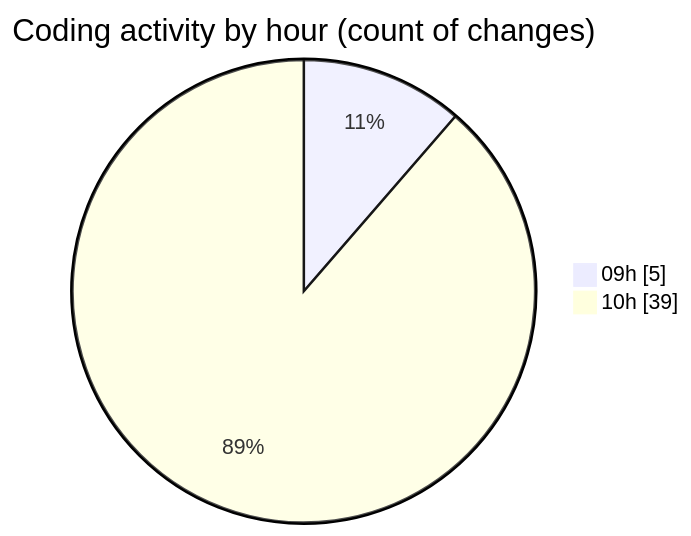
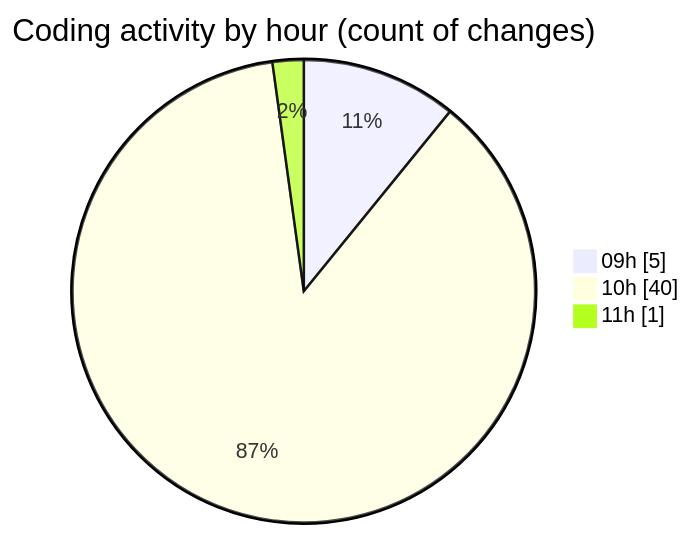
The second of 2 diagrams in 2025-06-02/ecodeli-1/README.md (CELIANVF/code-tracking), drawn with Mermaid before and after one commit. The commit also changed other lines of this file and 1 other file, not shown here.

````diff
--- a/2025-06-02/ecodeli-1/README.md
+++ b/2025-06-02/ecodeli-1/README.md
@@ -62,6 +63,7 @@
 ```mermaid
 pie showData
 title Coding activity by hour (count of changes)
 "09h" : 5
-"10h" : 39
+"10h" : 40
+"11h" : 1
 ```
````
